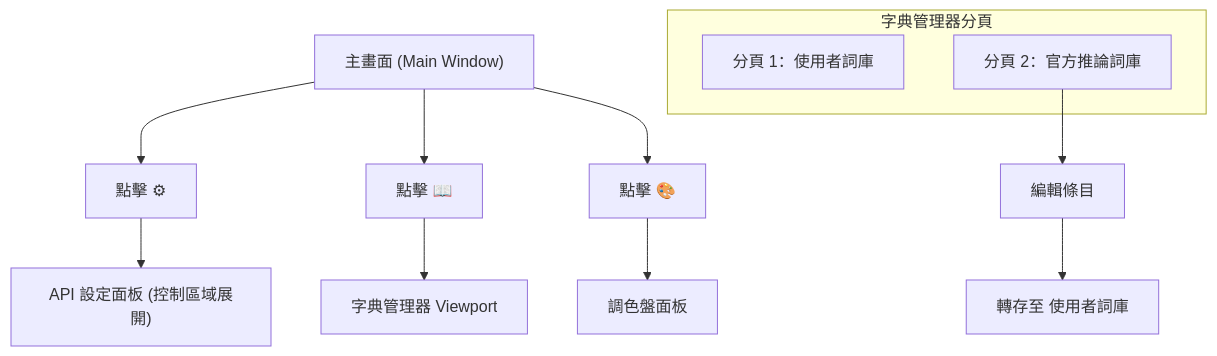
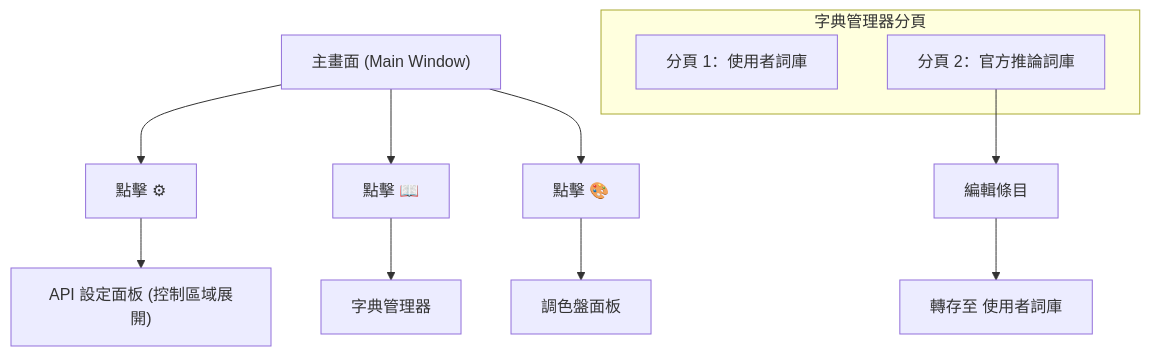
One commit to mn12345678910/mc_translator changed the diagram in docs/ui/interactions.md. Above: the diagram before and after it, drawn with Mermaid. The commit also changed other lines of this file and 5 other files, not shown here.

````diff
--- a/docs/ui/interactions.md
+++ b/docs/ui/interactions.md
@@ -29,17 +30,18 @@
 ```mermaid
 graph TD
     Main["主畫面 (Main Window)"] --> ToggleSettings["點擊 ⚙"]
     ToggleSettings --> SettingsPanel["API 設定面板 (控制區域展開)"]
     
     Main --> ToggleDict["點擊 📖"]
-    ToggleDict --> DictManager["字典管理器 Viewport"]
+    ToggleDict --> DictManager["字典管理器 <dialog> 彈窗"]
     subgraph DictManager_In ["字典管理器分頁"]
+
         UserTab["分頁 1：使用者詞庫"]
         OfficialTab["分頁 2：官方推論詞庫"]
     end
     
     Main --> TogglePalette["點擊 🎨"]
     TogglePalette --> PalettePanel[調色盤面板]
     
     OfficialTab --> Edit[編輯條目] --> SaveToUser["轉存至 使用者詞庫"]
 ```
````
